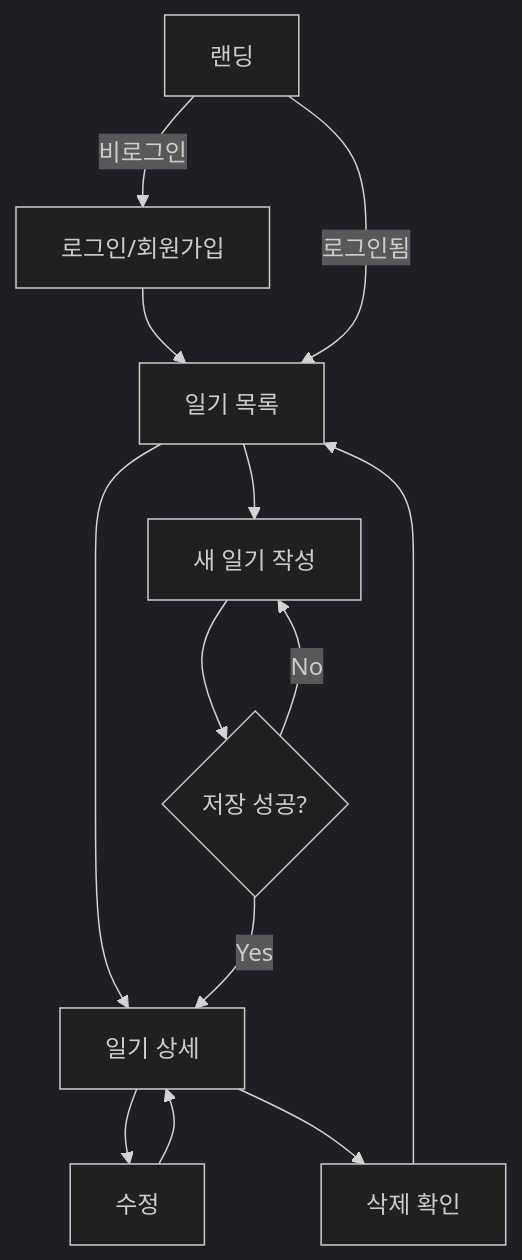
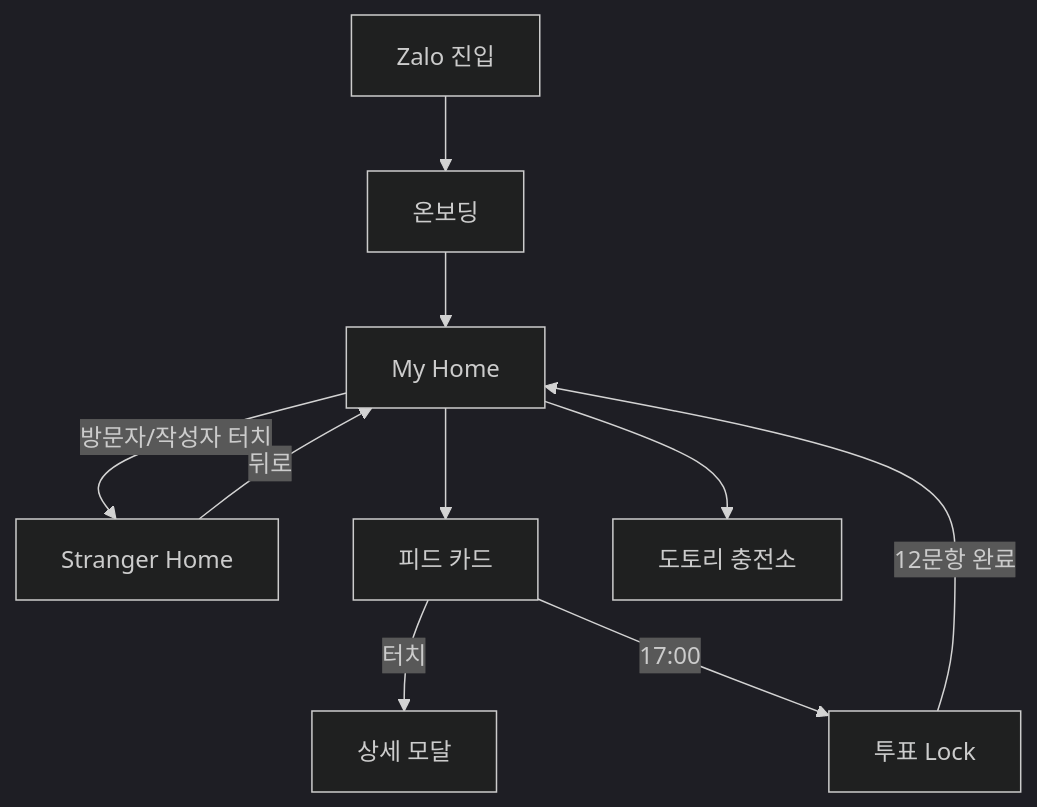
The diagram in docs/user-flow.md (dj-cajun/nhat-ky-cua-ban), drawn with Mermaid (dark theme) before and after one commit. The commit also changed other lines of this file and 41 other files, not shown here.

````diff
--- a/docs/user-flow.md
+++ b/docs/user-flow.md
@@ -74,15 +97,12 @@
 ```mermaid
 flowchart TD
-    A[랜딩] -->|비로그인| B[로그인/회원가입]
-    B --> C[일기 목록]
-    A -->|로그인됨| C
-    C --> D[새 일기 작성]
-    C --> E[일기 상세]
-    D --> F{저장 성공?}
-    F -->|Yes| E
-    F -->|No| D
-    E --> G[수정]
-    E --> H[삭제 확인]
-    G --> E
-    H --> C
+    A[Zalo 진입] --> B[온보딩]
+    B --> C[My Home]
+    C -->|방문자/작성자 터치| D[Stranger Home]
+    D -->|뒤로| C
+    C --> E[피드 카드]
+    E -->|터치| F[상세 모달]
+    E -->|17:00| G[투표 Lock]
+    G -->|12문항 완료| C
+    C --> H[도토리 충전소]
 ```
````
